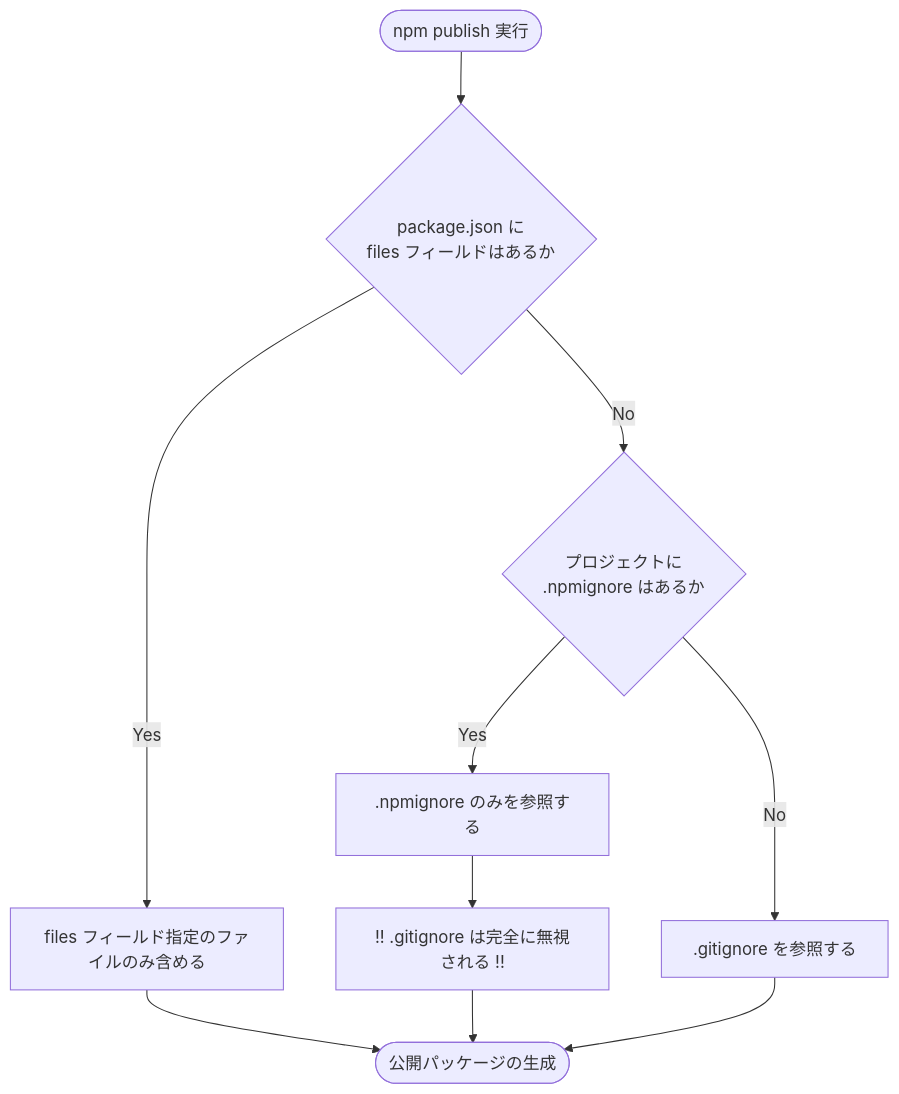
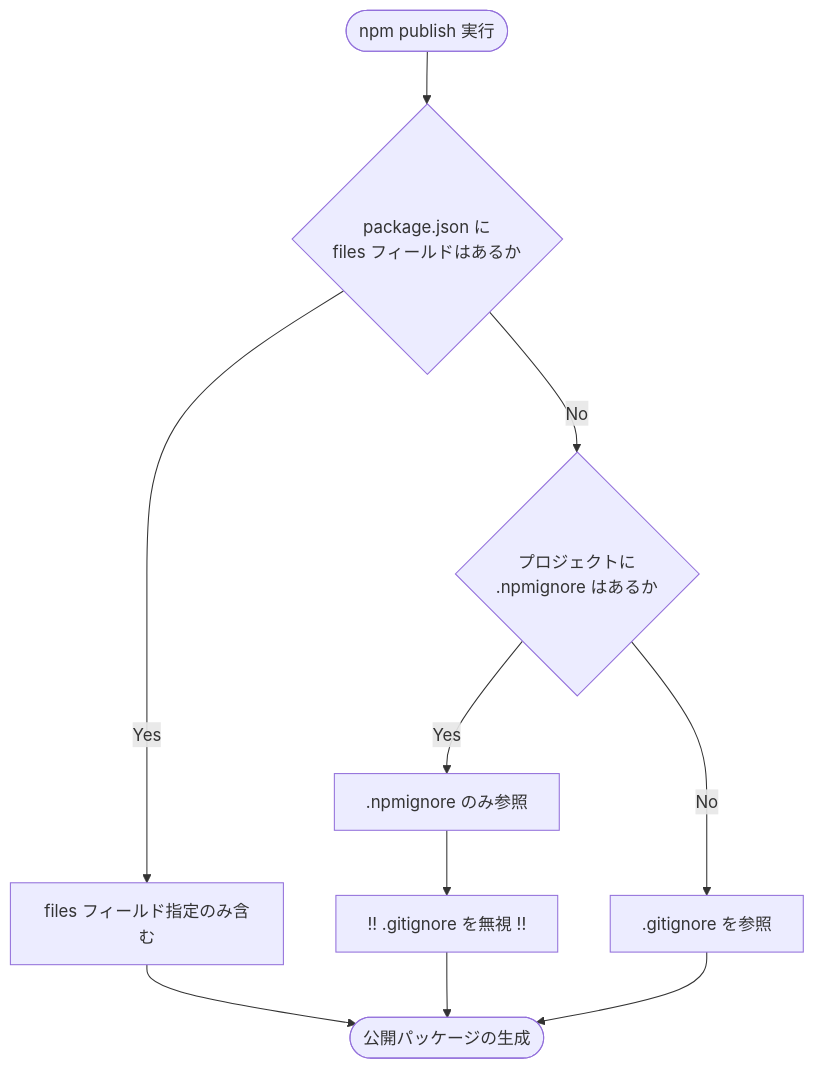
The first of 2 diagrams in articles/71f5a58d29a180.md (vspgkyo11/Zenn-Connect), drawn with Mermaid before and after one commit. The commit also changed other lines of this file, not shown here.

Commit message:
fix claude npm

````diff
--- a/articles/71f5a58d29a180.md
+++ b/articles/71f5a58d29a180.md
@@ -37,13 +35,13 @@
 ```mermaid
 graph TD
     Start([npm publish 実行]) --> FilesCheck{package.json に<br/>files フィールドはあるか}
-    FilesCheck -- Yes --> FilesOnly[files フィールド指定のファイルのみ含める]
+    FilesCheck -- Yes --> FilesOnly[files フィールド指定のみ含む]
     FilesCheck -- No --> IgnoreCheck{プロジェクトに<br/>.npmignore はあるか}
-    IgnoreCheck -- Yes --> UseNpmIgnore[.npmignore のみを参照する]
-    UseNpmIgnore --> GitIgnoreIgnored[!! .gitignore は完全に無視される !!]
-    IgnoreCheck -- No --> UseGitIgnore[.gitignore を参照する]
+    IgnoreCheck -- Yes --> UseNpmIgnore[.npmignore のみ参照]
+    UseNpmIgnore --> GitIgnoreIgnored[!! .gitignore を無視 !!]
+    IgnoreCheck -- No --> UseGitIgnore[.gitignore を参照]
     
     FilesOnly --> End([公開パッケージの生成])
     GitIgnoreIgnored --> End
     UseGitIgnore --> End
 ```
````
